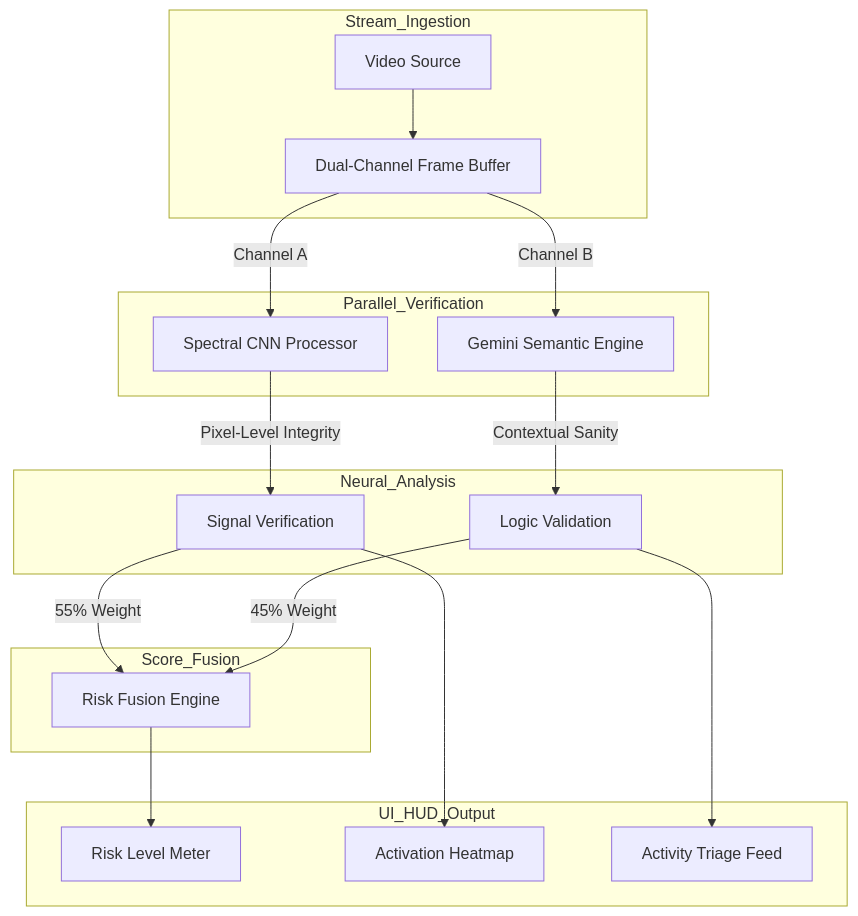
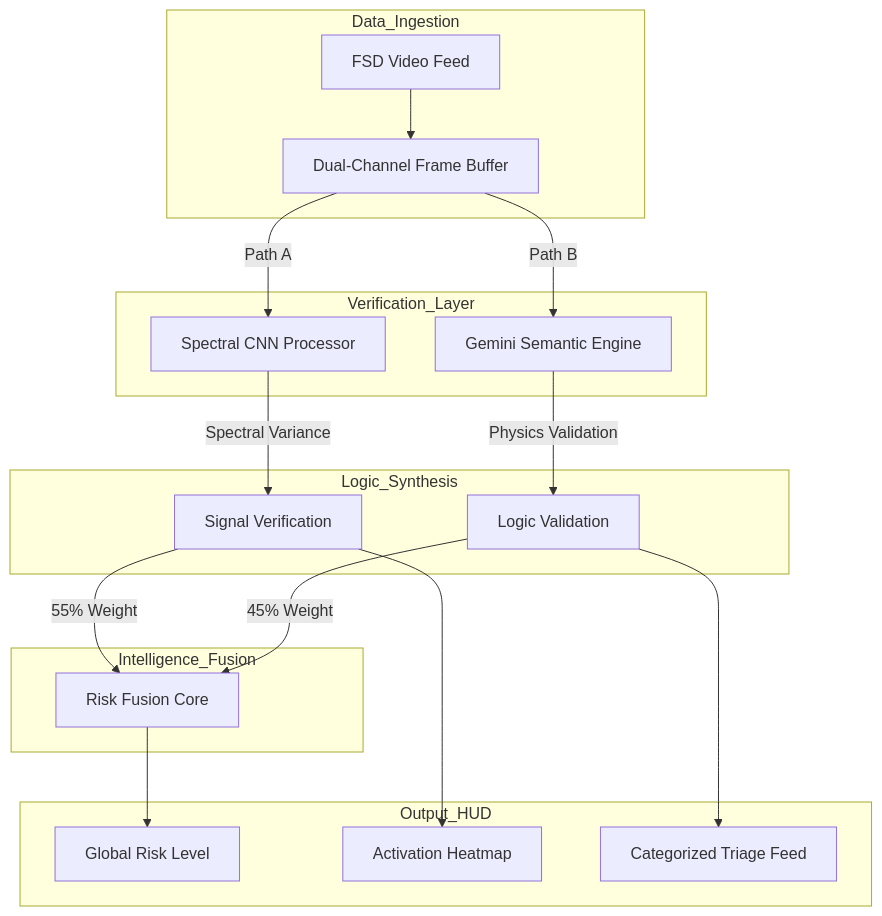
Before and after one commit to ritvikindupuri/FSD_Security: the first of 3 diagrams in documentation.md, drawn with Mermaid. The commit also changed other lines of this file and 1 other file, not shown here.

````diff
--- a/documentation.md
+++ b/documentation.md
@@ -39,27 +40,27 @@
 ```mermaid
 graph TD
-    subgraph Stream_Ingestion
-    VS[Video Source] --> FB[Dual-Channel Frame Buffer]
+    subgraph Data_Ingestion
+    VS[FSD Video Feed] --> FB[Dual-Channel Frame Buffer]
     end
     
-    subgraph Parallel_Verification
-    FB --> |Channel A| CNN[Spectral CNN Processor]
-    FB --> |Channel B| GEM[Gemini Semantic Engine]
+    subgraph Verification_Layer
+    FB --> |Path A| CNN[Spectral CNN Processor]
+    FB --> |Path B| GEM[Gemini Semantic Engine]
     end
     
-    subgraph Neural_Analysis
-    CNN --> |Pixel-Level Integrity| SA[Signal Verification]
-    GEM --> |Contextual Sanity| CV[Logic Validation]
+    subgraph Logic_Synthesis
+    CNN --> |Spectral Variance| SA[Signal Verification]
+    GEM --> |Physics Validation| CV[Logic Validation]
     end
     
-    subgraph Score_Fusion
-    SA --> |55% Weight| FUS[Risk Fusion Engine]
+    subgraph Intelligence_Fusion
+    SA --> |55% Weight| FUS[Risk Fusion Core]
     CV --> |45% Weight| FUS
     end
     
-    subgraph UI_HUD_Output
-    FUS --> RM[Risk Level Meter]
+    subgraph Output_HUD
+    FUS --> RM[Global Risk Level]
     SA --> HM[Activation Heatmap]
-    CV --> AF[Activity Triage Feed]
+    CV --> AF[Categorized Triage Feed]
     end
 ```
````
